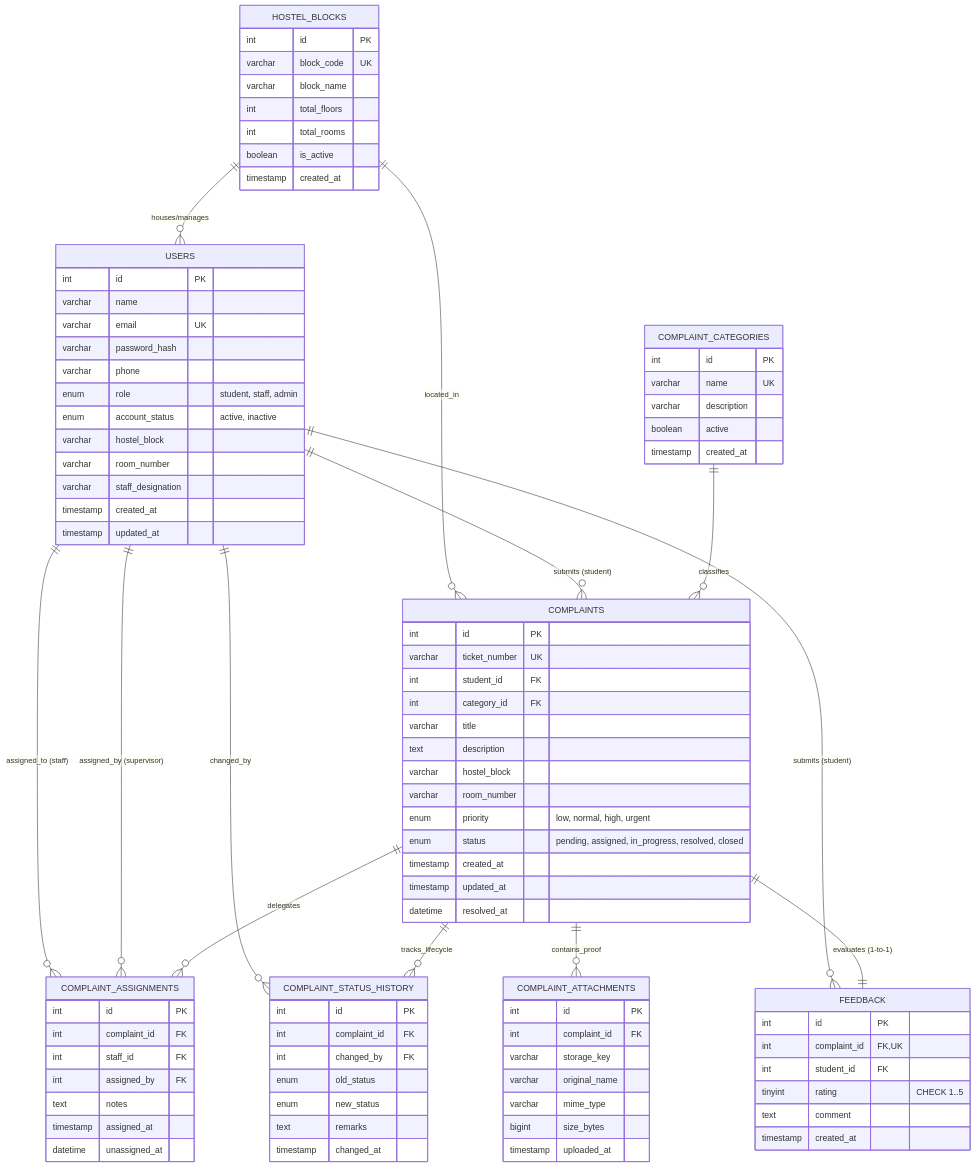
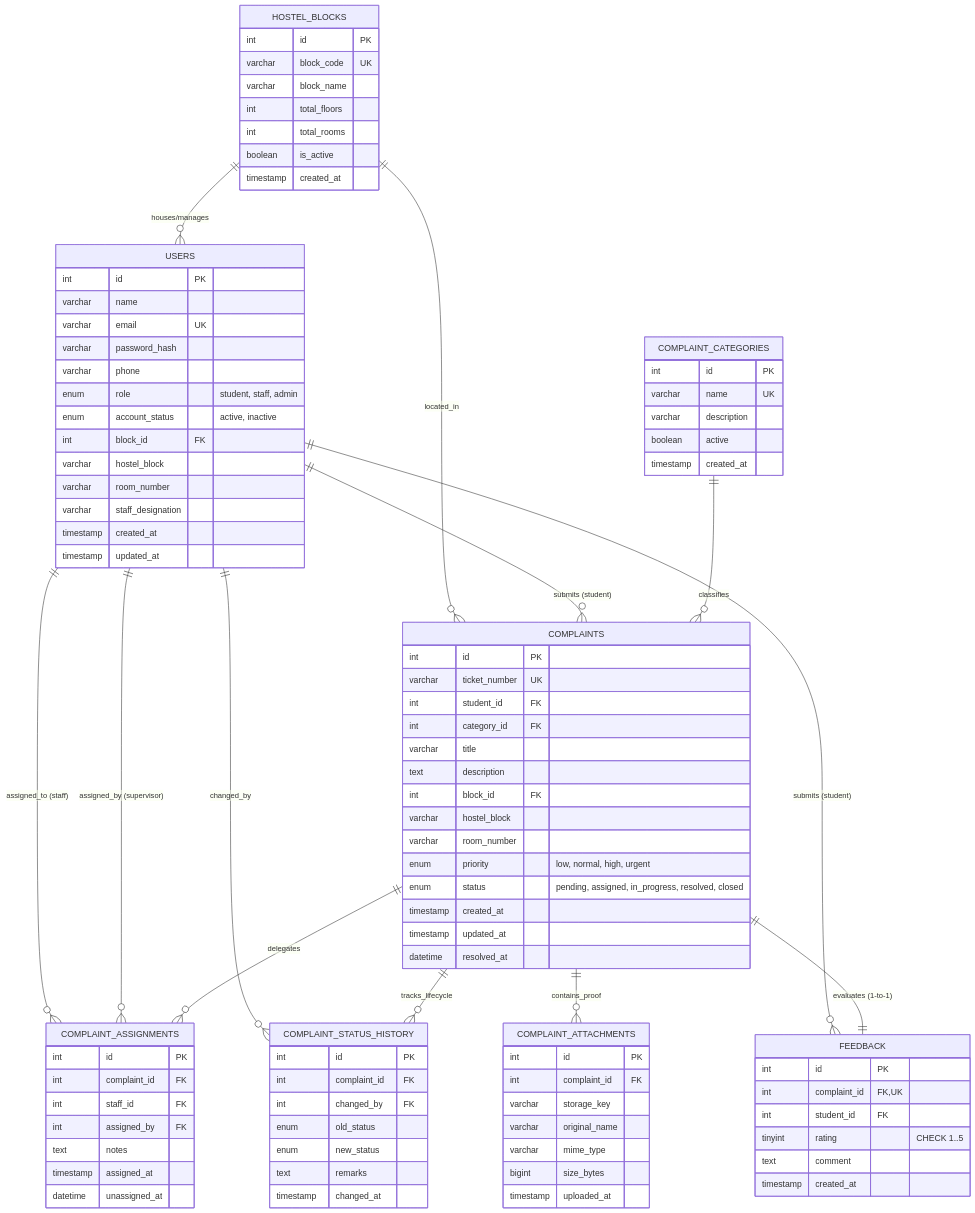
The diagram in docs/architecture/database-schema.md (Soni-om/Hostel-Maintenance-Complaint-Management-System), drawn with Mermaid before and after one commit. The commit also changed other lines of this file and 7 other files, not shown here.

Commit message:
refactor(architecture): migrate backend to ES Modules and link hostel_blocks foreign keys

```diff
--- a/docs/architecture/database-schema.md
+++ b/docs/architecture/database-schema.md
@@ -35,6 +35,7 @@
         varchar phone
         enum role "student, staff, admin"
         enum account_status "active, inactive"
+        int block_id FK
         varchar hostel_block
         varchar room_number
         varchar staff_designation
@@ -57,6 +58,7 @@
         int category_id FK
         varchar title
         text description
+        int block_id FK
         varchar hostel_block
         varchar room_number
         enum priority "low, normal, high, urgent"
```
